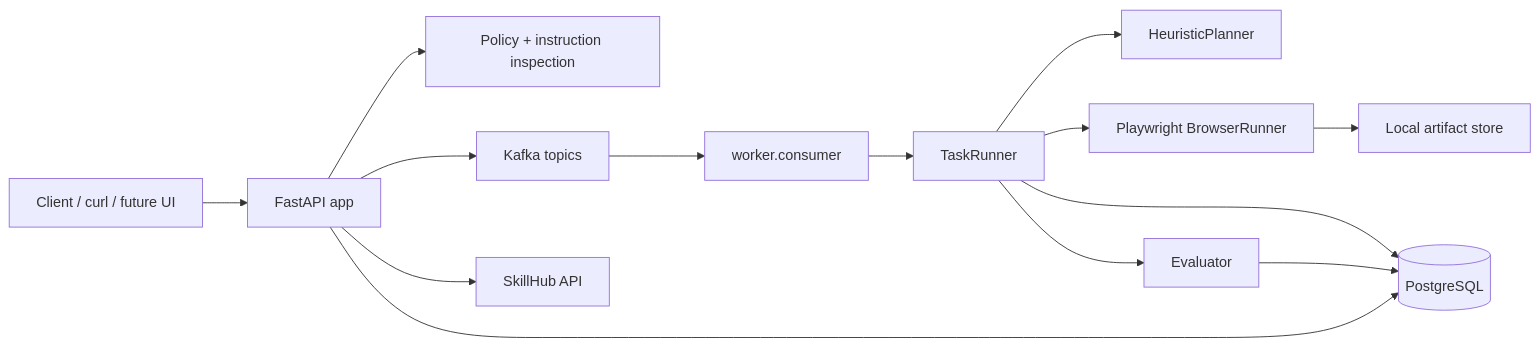
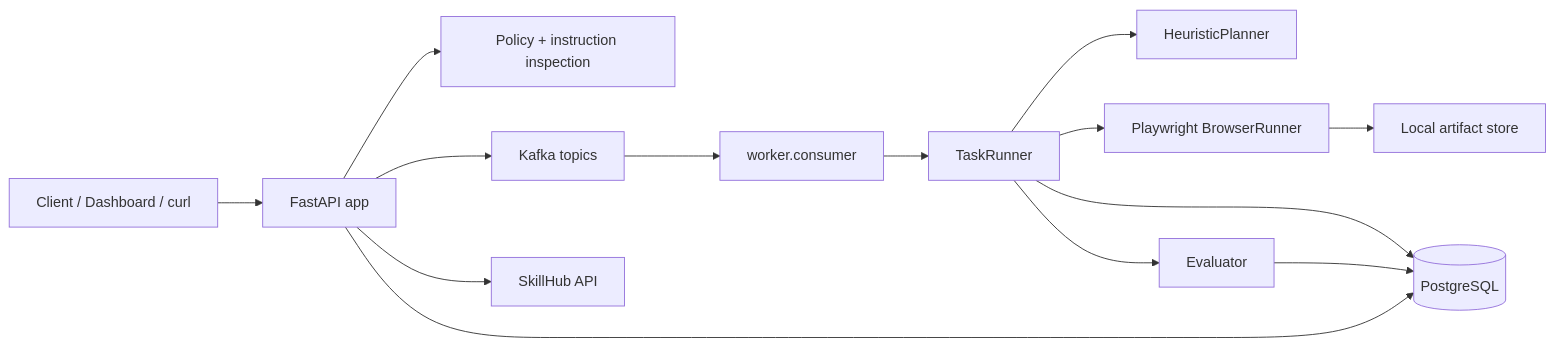
The first of 3 diagrams in DOCS/ARCHITECTURE.md (leo459028/BrowserAgent), drawn with Mermaid before and after one commit. The commit also changed other lines of this file and 28 other files, not shown here.

Commit message:
Refactor browser agent workflow and UI flow

````diff
--- a/DOCS/ARCHITECTURE.md
+++ b/DOCS/ARCHITECTURE.md
@@ -11,16 +11,16 @@
 ```mermaid
 flowchart LR
-    Client["Client / curl / future UI"] --> API["FastAPI app"]
+    Client["Client / Dashboard / curl"] --> API["FastAPI app"]
     API --> DB[("PostgreSQL")]
     API --> Policy["Policy + instruction inspection"]
     API --> Kafka["Kafka topics"]
     API --> SkillHub["SkillHub API"]
     Kafka --> Worker["worker.consumer"]
     Worker --> Runner["TaskRunner"]
     Runner --> Planner["HeuristicPlanner"]
     Runner --> Browser["Playwright BrowserRunner"]
     Browser --> Artifacts["Local artifact store"]
     Runner --> Evaluator["Evaluator"]
     Evaluator --> DB
     Runner --> DB
 ```
````
